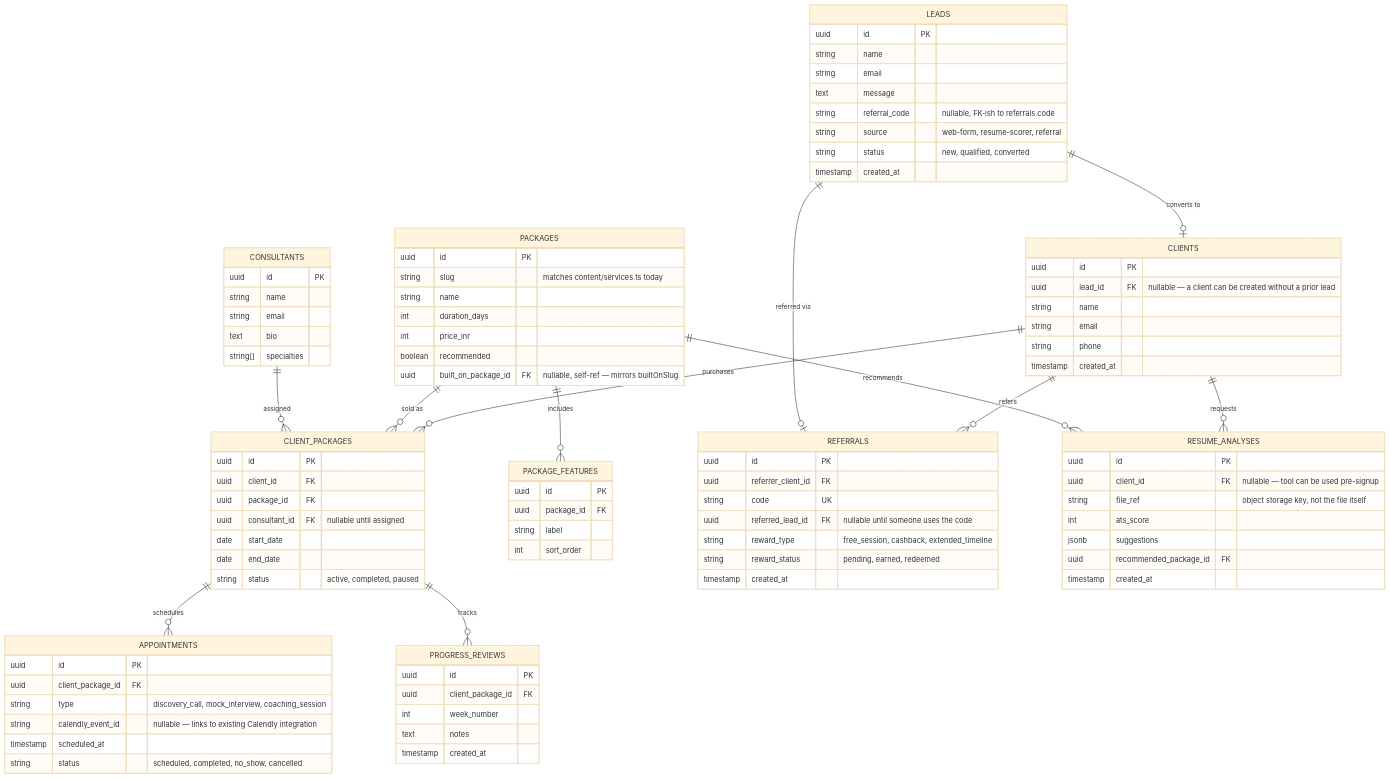
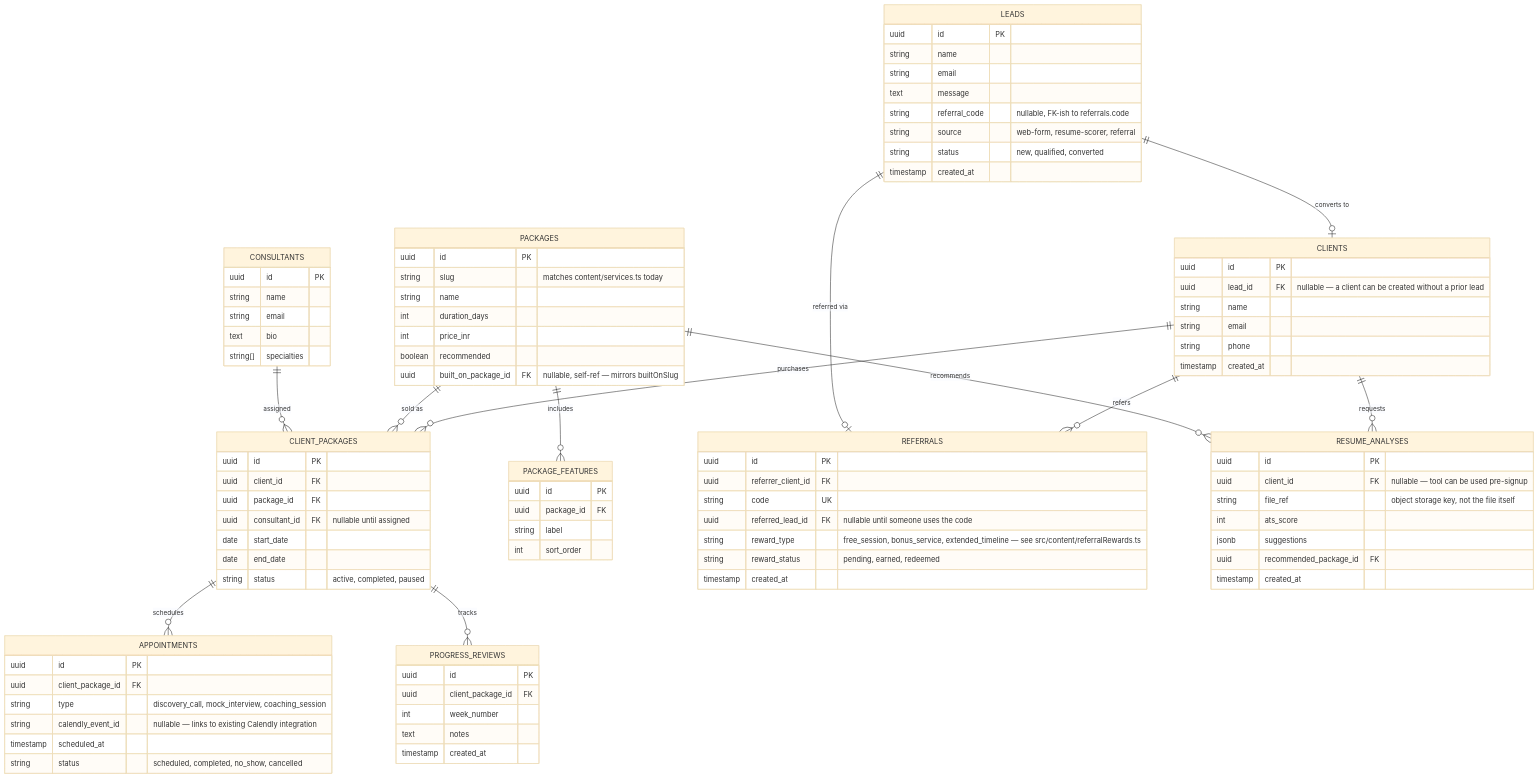
One commit to Sakshamebdev873/GC changed the diagram in docs/architecture/future-schema.md. Above: the diagram before and after it, drawn with Mermaid (base theme). The commit also changed other lines of this file and 2 other files, not shown here.

First line of the commit message:
docs: update referral reward-type naming and document the real conversion-triggered flow

```diff
--- a/docs/architecture/future-schema.md
+++ b/docs/architecture/future-schema.md
@@ -156,7 +156,7 @@
         uuid referrer_client_id FK
         string code UK
         uuid referred_lead_id FK "nullable until someone uses the code"
-        string reward_type "free_session, cashback, extended_timeline"
+        string reward_type "free_session, bonus_service, extended_timeline — see src/content/referralRewards.ts"
         string reward_status "pending, earned, redeemed"
         timestamp created_at
     }
```
